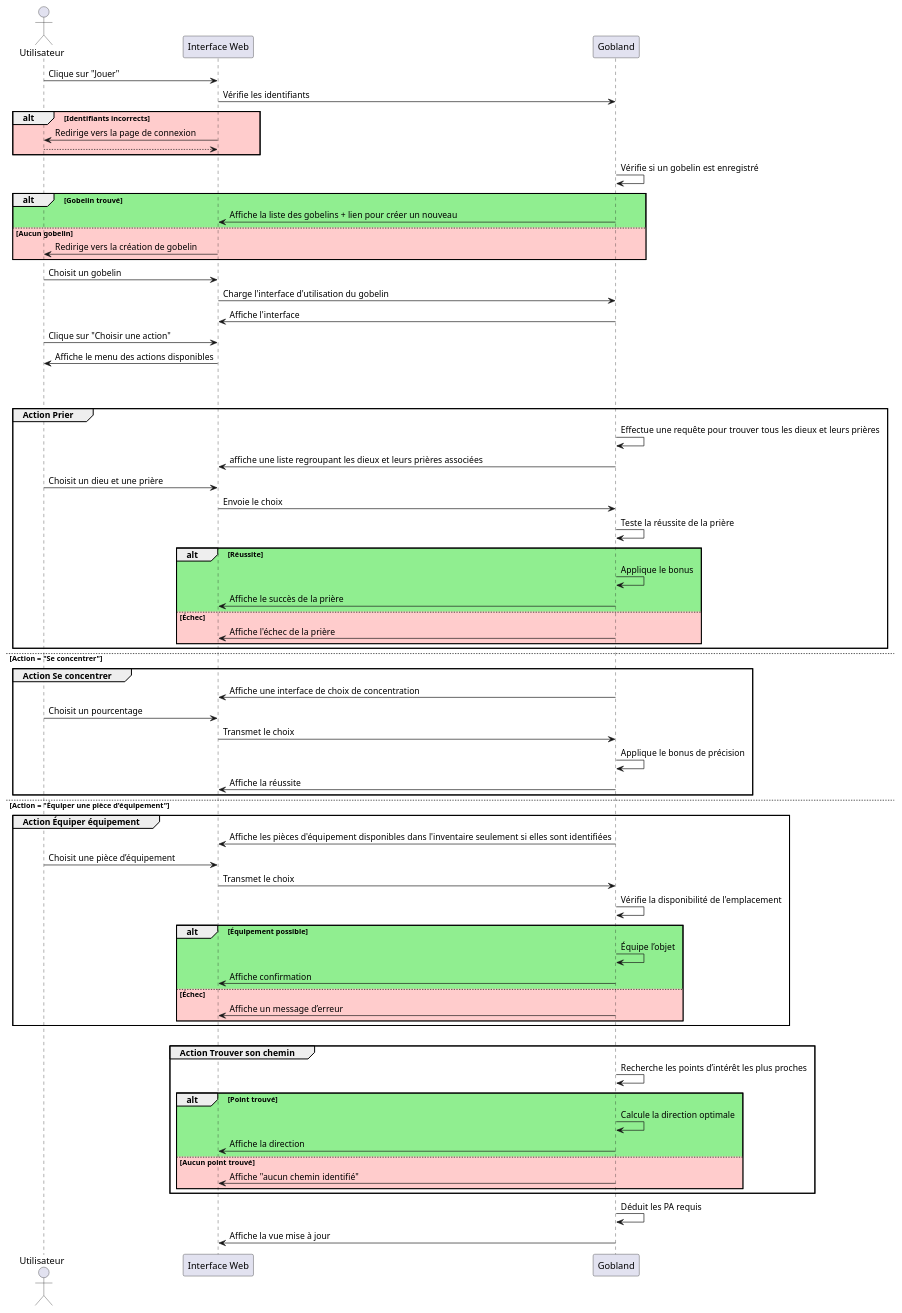
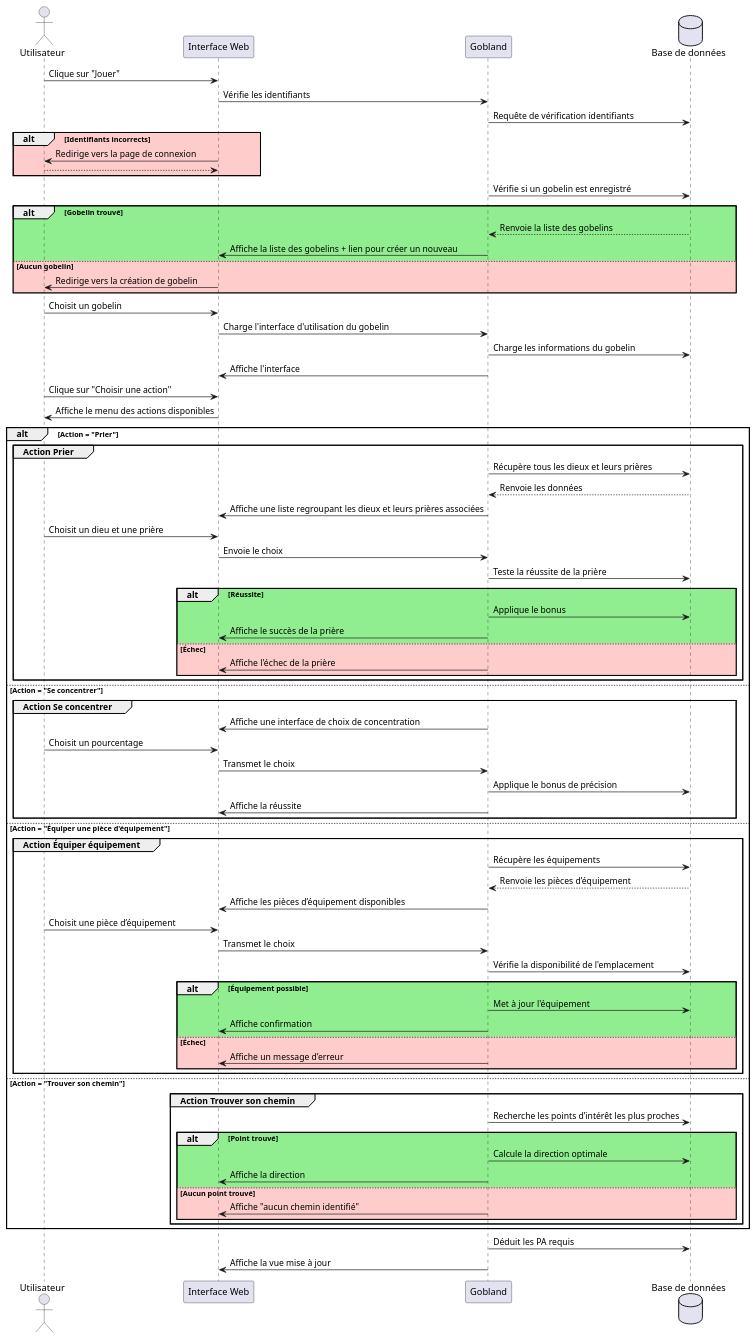
Before and after one commit to SjSlayde/goblangtest: the diagram in docs/UML/sequency/text/sequency_action_complement.puml, drawn with PlantUML. The commit also changed 38 other files, not shown here.

Commit message:
modification des diagramme : activite seperarer en plusieurs parties, reve modifier pour coller au faite que ce soit un nouveaux message , class gobland rename, ajout de l'acteur BDD dans les diagremmes de sequence + reve separer de Gestion des prieres pour plus de comprehension

```diff
--- a/docs/UML/sequency/text/sequency_action_complement.puml
+++ b/docs/UML/sequency/text/sequency_action_complement.puml
@@ -1,80 +1,88 @@
-@startuml action_gobelin_sequence_complements
+@startuml sequency_action_complements
 
 actor Utilisateur
 participant "Interface Web" as UI
 participant "Gobland" as System
+database "Base de données" as DB
 
 Utilisateur -> UI : Clique sur "Jouer"
 UI -> System : Vérifie les identifiants
+System -> DB : Requête de vérification identifiants
 alt #FFCCCC Identifiants incorrects
     UI -> Utilisateur : Redirige vers la page de connexion
     return
 end
 
-System -> System : Vérifie si un gobelin est enregistré
+System -> DB : Vérifie si un gobelin est enregistré
 alt #lightgreen Gobelin trouvé
+    DB --> System : Renvoie la liste des gobelins
     System -> UI : Affiche la liste des gobelins + lien pour créer un nouveau
 else #FFCCCC Aucun gobelin
     UI -> Utilisateur : Redirige vers la création de gobelin
 end
 
 Utilisateur -> UI : Choisit un gobelin
 UI -> System : Charge l'interface d'utilisation du gobelin
+System -> DB : Charge les informations du gobelin
 System -> UI : Affiche l'interface
 
 Utilisateur -> UI : Clique sur "Choisir une action"
 UI -> Utilisateur : Affiche le menu des actions disponibles
 
-alt Action = Se déplacer
-
 alt Action = "Prier"
     group Action Prier
-        System -> System : Effectue une requête pour trouver tous les dieux et leurs prières
-        System -> UI : affiche une liste regroupant les dieux et leurs prières associées
+        System -> DB : Récupère tous les dieux et leurs prières
+        DB --> System : Renvoie les données
+        System -> UI : Affiche une liste regroupant les dieux et leurs prières associées
         Utilisateur -> UI : Choisit un dieu et une prière
         UI -> System : Envoie le choix
-        System -> System : Teste la réussite de la prière
+        System -> DB : Teste la réussite de la prière
         alt #lightgreen Réussite
-            System -> System : Applique le bonus
+            System -> DB : Applique le bonus
             System -> UI : Affiche le succès de la prière
         else #FFCCCC Échec
             System -> UI : Affiche l'échec de la prière
         end
     end group
 
 else Action = "Se concentrer"
     group Action Se concentrer
         System -> UI : Affiche une interface de choix de concentration
         Utilisateur -> UI : Choisit un pourcentage
         UI -> System : Transmet le choix
-        System -> System : Applique le bonus de précision
+        System -> DB : Applique le bonus de précision
         System -> UI : Affiche la réussite
     end group
 
 else Action = "Équiper une pièce d'équipement"
     group Action Équiper équipement
-        System -> UI : Affiche les pièces d'équipement disponibles dans l'inventaire seulement si elles sont identifiées
+        System -> DB : Récupère les équipements
+        DB --> System : Renvoie les pièces d’équipement
+        System -> UI : Affiche les pièces d’équipement disponibles
         Utilisateur -> UI : Choisit une pièce d’équipement
         UI -> System : Transmet le choix
-        System -> System : Vérifie la disponibilité de l'emplacement
+        System -> DB : Vérifie la disponibilité de l'emplacement
         alt #lightgreen Équipement possible
-            System -> System : Équipe l’objet
+            System -> DB : Met à jour l'équipement
             System -> UI : Affiche confirmation
         else #FFCCCC Échec
             System -> UI : Affiche un message d’erreur
         end
     end group
 
 else Action = "Trouver son chemin"
     group Action Trouver son chemin
-        System -> System : Recherche les points d’intérêt les plus proches
+        System -> DB : Recherche les points d’intérêt les plus proches
         alt #lightgreen Point trouvé
-            System -> System : Calcule la direction optimale
+            System -> DB : Calcule la direction optimale
             System -> UI : Affiche la direction
         else #FFCCCC Aucun point trouvé
             System -> UI : Affiche "aucun chemin identifié"
         end
     end group
-System -> System : Déduit les PA requis
+end
+
+System -> DB : Déduit les PA requis
 System -> UI : Affiche la vue mise à jour
+
 @enduml
```
